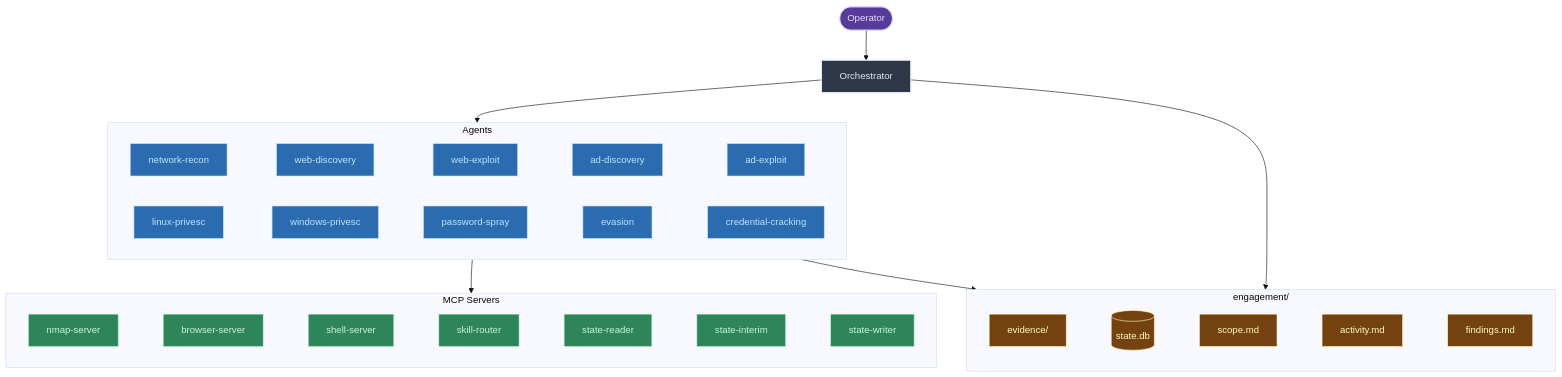
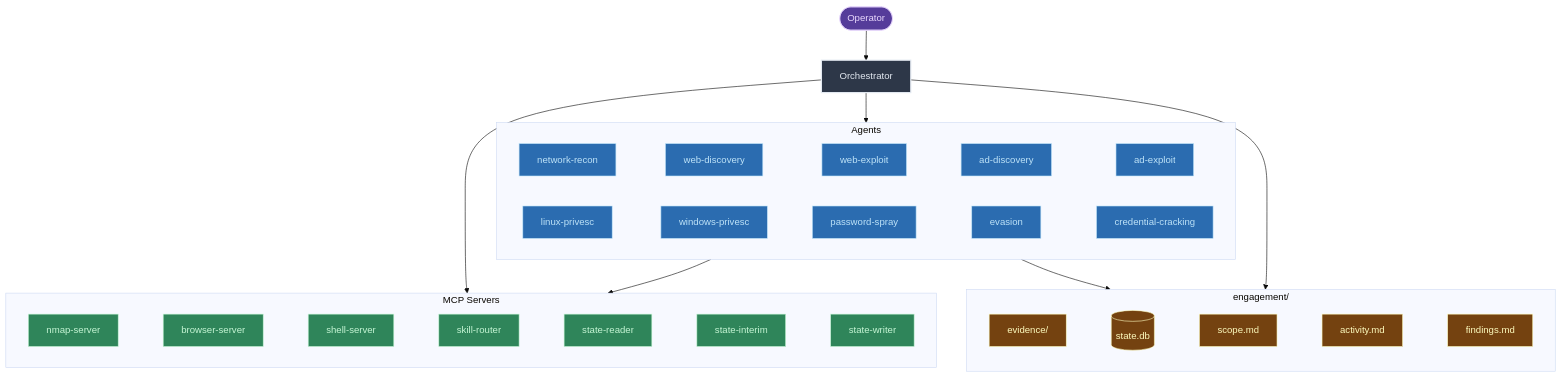
Before and after one commit to blacklanternsecurity/red-run: the first of 3 diagrams in ARCHITECTURE.md, drawn with Mermaid (base theme). The commit also changed 13 other files, not shown here.

First line of the commit message:
Fix docs: admonitions, diagrams, routing language, event watcher

````diff
--- a/ARCHITECTURE.md
+++ b/ARCHITECTURE.md
@@ -9,42 +9,43 @@
 ```mermaid
 graph TD
     User([Operator])
     User --> Orch[Orchestrator]
 
     Orch --> Agents
+    Orch --> MCP
 
     subgraph Agents["Agents"]
         direction LR
         NetRecon[network-recon] ~~~ WebDisc[web-discovery] ~~~ WebExpl[web-exploit] ~~~ ADDisc[ad-discovery] ~~~ ADExpl[ad-exploit]
         LinPE[linux-privesc] ~~~ WinPE[windows-privesc] ~~~ PwSpray[password-spray] ~~~ Evasion[evasion] ~~~ CredCrack[credential-cracking]
     end
 
     Agents --> MCP
 
     subgraph MCP["MCP Servers"]
         direction LR
         NmapSrv[nmap-server] ~~~ BrowserSrv[browser-server] ~~~ ShellSrv[shell-server] ~~~ SkillRouter[skill-router] ~~~ StateR[state-reader] ~~~ StateI[state-interim] ~~~ StateW[state-writer]
     end
 
     Agents --> Engage
 
     subgraph Engage["engagement/"]
         direction LR
         Evidence[evidence/] ~~~ DB[(state.db)] ~~~ ScopeMD[scope.md] ~~~ ActivityMD[activity.md] ~~~ FindingsMD[findings.md]
     end
 
     Orch --> Engage
 
     %% Styling
     classDef orch fill:#2d3748,stroke:#e2e8f0,color:#e2e8f0,stroke-width:2px
     classDef agent fill:#2b6cb0,stroke:#bee3f8,color:#bee3f8
     classDef mcp fill:#2f855a,stroke:#c6f6d5,color:#c6f6d5
     classDef storage fill:#744210,stroke:#fefcbf,color:#fefcbf
     classDef user fill:#553c9a,stroke:#e9d8fd,color:#e9d8fd
 
     class Orch orch
     class NetRecon,WebDisc,WebExpl,ADDisc,ADExpl,PwSpray,LinPE,WinPE,Evasion,CredCrack agent
     class SkillRouter,NmapSrv,ShellSrv,BrowserSrv,StateR,StateI,StateW mcp
     class DB,ScopeMD,ActivityMD,FindingsMD,Evidence storage
     class User user
 ```
````
